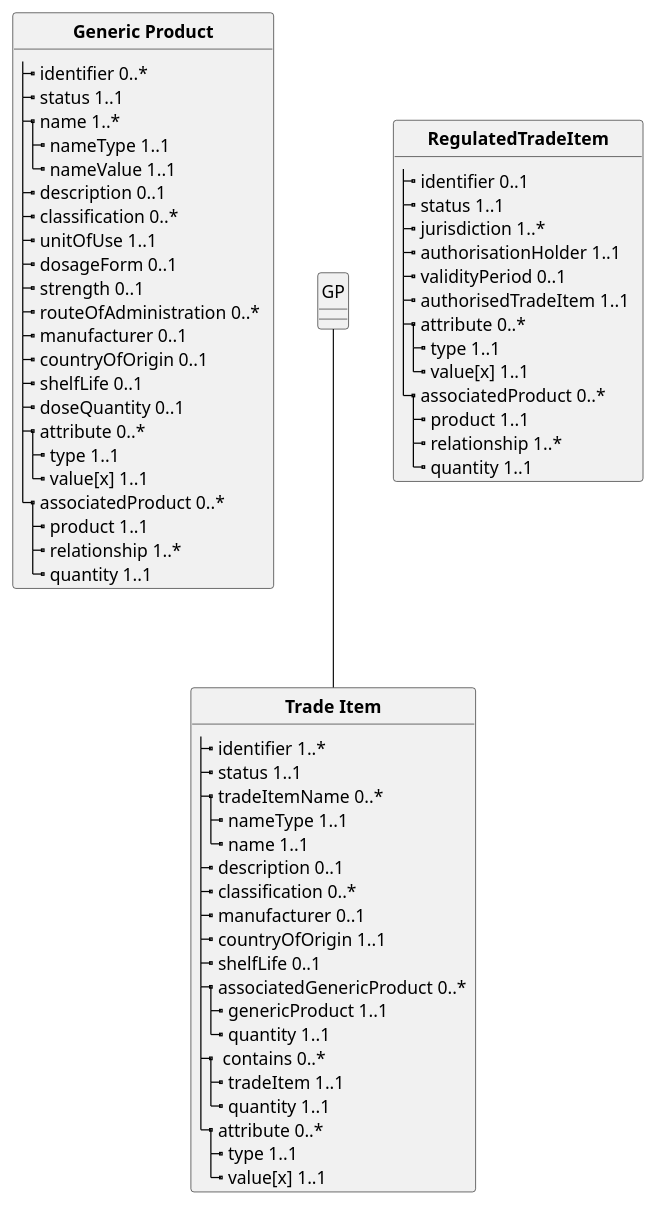
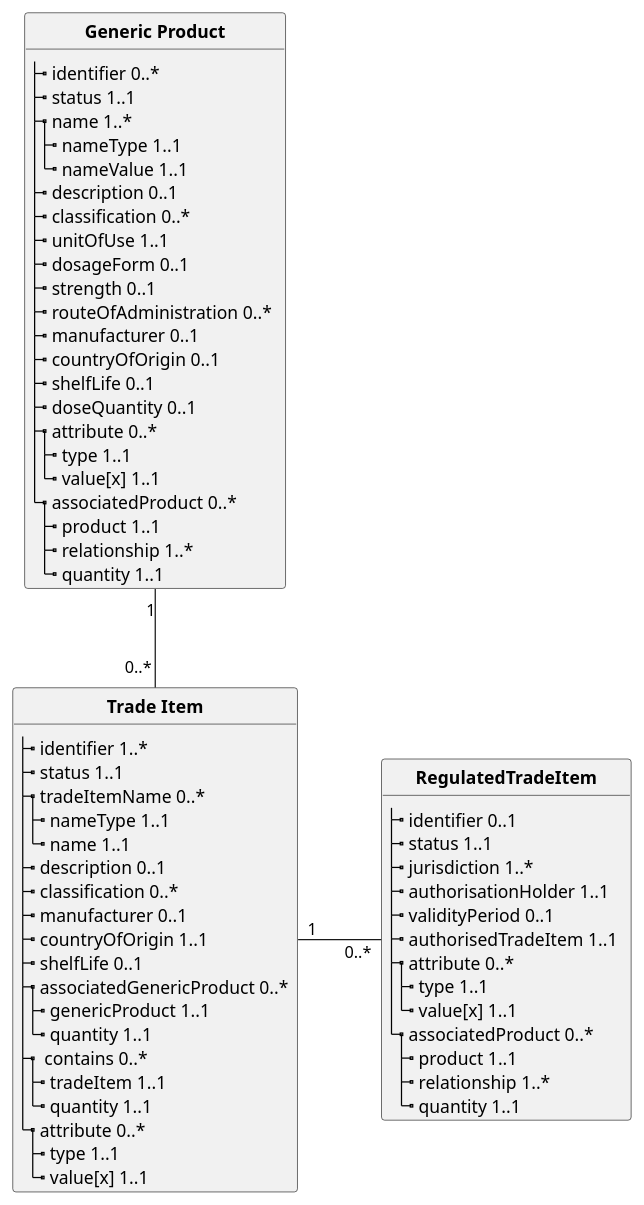
The diagram in input/images-source/product-model.plantuml (WorldHealthOrganization/smart-pcmt), drawn with PlantUML before and after one commit.

```diff
--- a/input/images-source/product-model.plantuml
+++ b/input/images-source/product-model.plantuml
@@ -1,91 +1,94 @@
 @startuml
 'skinparam linetype ortho
 skinparam linetype polyline
 hide circle
 hide stereotype
 
 '!pragma layout smetana
 
 skinparam class<<MD>> {
  BorderColor DarkSlateGray
  BackgroundColor WhiteSmoke
  HeaderBackgroundColor #909090
 }
 
 skinparam class<<TM>> {
  BorderColor #505090
  BackgroundColor APPLICATION
  HeaderBackgroundColor SkyBlue
 }
 
 
-class "**Generic Product**" as GenericProduct {
+class "**Generic Product**" as GP {
   |_ identifier 0..*   
   |_ status 1..1   
   |_ name 1..*   
     |_ nameType 1..1   
     |_ nameValue 1..1   
   |_ description 0..1   
   |_ classification 0..*   
   |_ unitOfUse 1..1   
   |_ dosageForm 0..1   
   |_ strength 0..1   
   |_ routeOfAdministration 0..*   
   |_ manufacturer 0..1   
   |_ countryOfOrigin 0..1   
   |_ shelfLife 0..1   
   |_ doseQuantity 0..1   
   |_ attribute 0..*   
     |_ type 1..1   
     |_ value[x] 1..1   
   |_ associatedProduct 0..*   
     |_ product 1..1   
     |_ relationship 1..*   
     |_ quantity 1..1   
 }
 
 
     class "**Trade Item**" as TI {
             |_ identifier 1..*  
             |_ status 1..1
             |_ tradeItemName 0..*
               |_ nameType 1..1
               |_ name 1..1
             |_ description 0..1   
             |_ classification 0..*   
             |_ manufacturer 0..1
             |_ countryOfOrigin 1..1
             |_ shelfLife 0..1
             |_ associatedGenericProduct 0..*  
               |_ genericProduct 1..1
               |_ quantity 1..1
             |_  contains 0..*
               |_ tradeItem 1..1
               |_ quantity 1..1
             |_ attribute 0..*   
               |_ type 1..1   
               |_ value[x] 1..1   
     }
 
 
-class "**RegulatedTradeItem**" as RegulatedTradeItem {
+class "**RegulatedTradeItem**" as RTI {
   |_ identifier 0..1   
   |_ status 1..1   
   |_ jurisdiction 1..*   
   |_ authorisationHolder 1..1   
   |_ validityPeriod 0..1   
   |_ authorisedTradeItem 1..1   
   |_ attribute 0..*   
     |_ type 1..1   
     |_ value[x] 1..1   
   |_ associatedProduct 0..*   
     |_ product 1..1   
     |_ relationship 1..*   
     |_ quantity 1..1   
 }
 
 
 
-GP -- TI :"         "
+TI "1" -r- "0..*" RTI :"         "
+TI "0..* " -u- "1" GP :"         "
+
+
 
 @enduml
```
